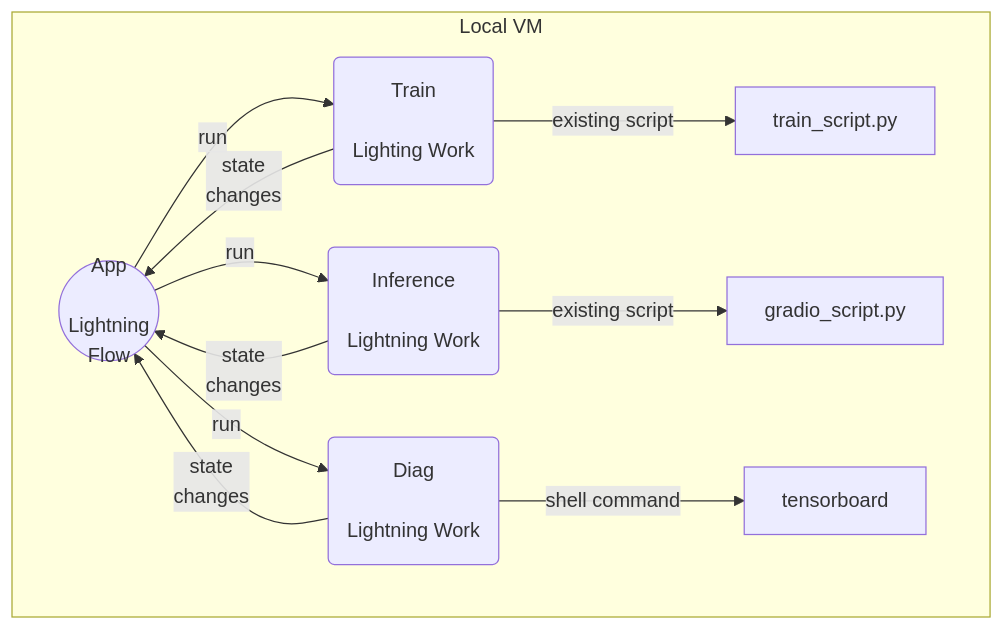
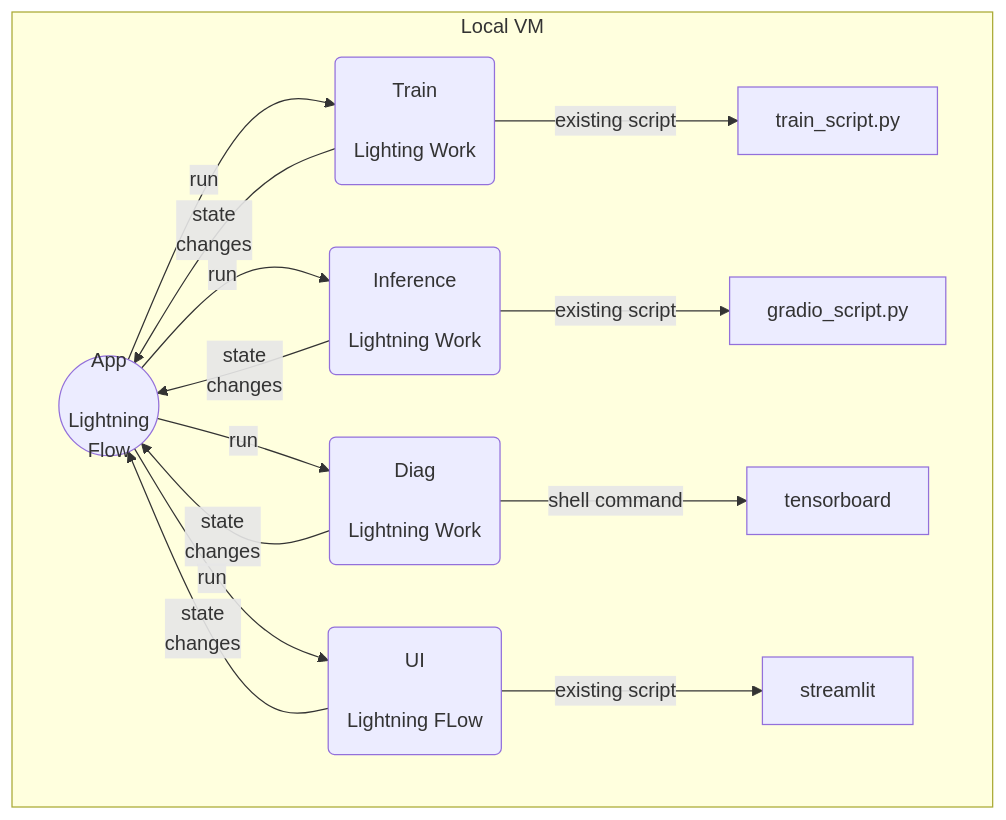
Before and after one commit to robert-s-lee/lai-train-eval: the first of 4 diagrams in README.md, drawn with Mermaid.

Commit message:
add UI an a script 	modified:   README.md

````diff
--- a/README.md
+++ b/README.md
@@ -37,15 +37,18 @@
 ```mermaid
 graph TD;
   subgraph Local VM
     LF((App <br><br>Lightning <br>Flow))
     T(Train <br><br>Lighting Work)      -- state <br>changes --> LF
     I(Inference <br><br>Lightning Work) -- state <br>changes --> LF
-    D(Diag <br><br>Lightning Work)      -- state <br>changes -->  LF
+    D(Diag <br><br>Lightning Work)      -- state <br>changes --> LF
+    U(UI <br><br>Lightning FLow)         -- state <br>changes --> LF  
     LF -- run --> T
     LF -- run --> I
     LF -- run --> D 
+    LF -- run --> U 
     T -- existing script --> TS[train_script.py]
     I -- existing script --> IS[gradio_script.py]
     D -- shell command -->   DS[tensorboard]
+    U -- existing script --> US[streamlit]
   end
 ```
````
